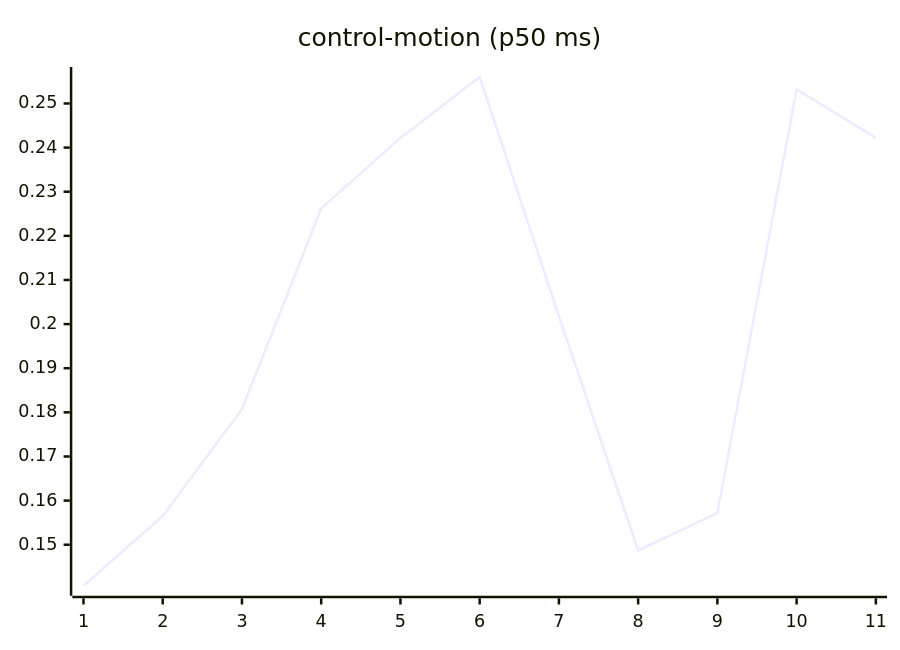
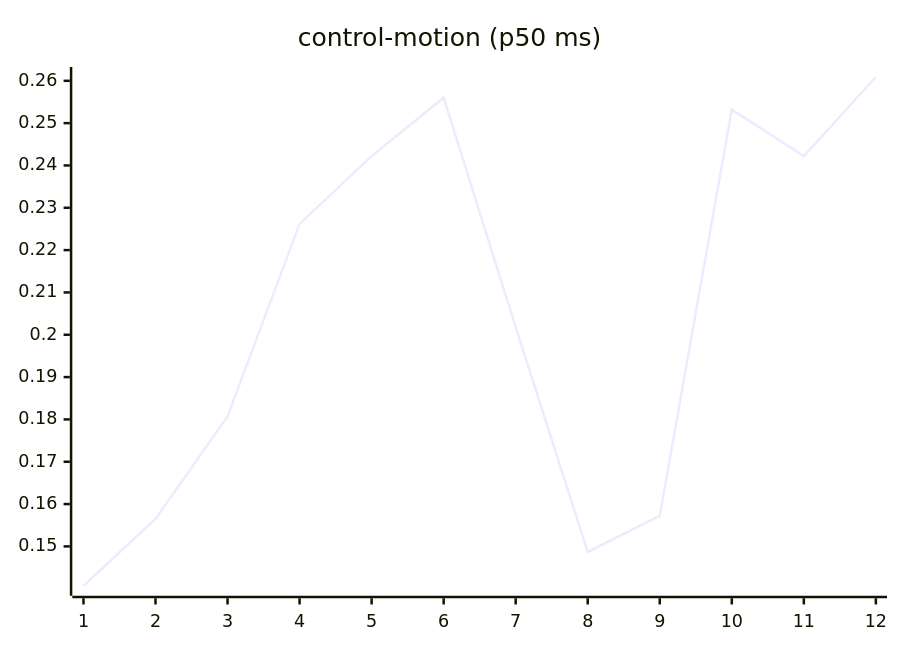
The seventh of 27 diagrams in README.md (josha/Facet), drawn with Mermaid before and after one commit. The commit also changed other lines of this file and 2 other files, not shown here.

````diff
--- a/README.md
+++ b/README.md
@@ -105,6 +105,6 @@
 ```mermaid
 xychart-beta
     title "control-motion (p50 ms)"
-    x-axis 1 --> 11
-    line [0.1407, 0.1565, 0.1807, 0.2262, 0.2422, 0.2560, 0.2018, 0.1487, 0.1572, 0.2532, 0.2422]
+    x-axis 1 --> 12
+    line [0.1407, 0.1565, 0.1807, 0.2262, 0.2422, 0.2560, 0.2018, 0.1487, 0.1572, 0.2532, 0.2422, 0.2609]
 ```
````
